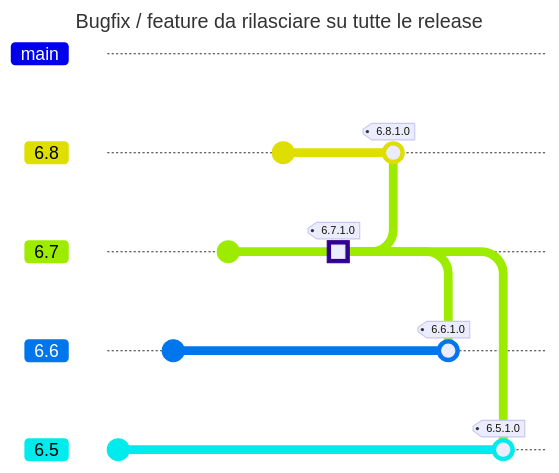
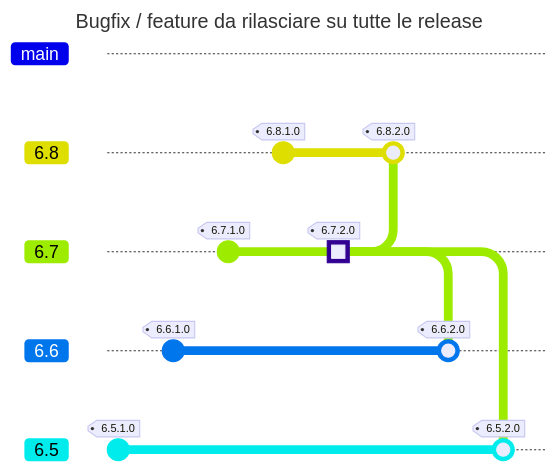
Before and after one commit to vferri-csw/vferri-csw: the diagram in docs/scenari_fiscali/all_release.md, drawn with Mermaid. Commit ids are hidden.

````diff
--- a/docs/scenari_fiscali/all_release.md
+++ b/docs/scenari_fiscali/all_release.md
@@ -1,26 +1,26 @@
 ```mermaid
 ---
 title: Bugfix / feature da rilasciare su tutte le release
 ---
 gitGraph
    branch 6.8
    branch 6.7
    branch 6.6
    branch 6.5
    checkout 6.5
-   commit
+   commit  tag: "6.5.1.0"
    checkout 6.6
-   commit
+   commit  tag: "6.6.1.0"
    checkout 6.7
-   commit
+   commit  tag: "6.7.1.0"
    checkout 6.8
-   commit
+   commit  tag: "6.8.1.0"
    checkout 6.7
-   commit type: HIGHLIGHT tag: "6.7.1.0"
+   commit type: HIGHLIGHT tag: "6.7.2.0"
    checkout 6.8
-   merge 6.7 tag: "6.8.1.0"
+   merge 6.7 tag: "6.8.2.0"
    checkout 6.6
-   merge 6.7 tag: "6.6.1.0"
+   merge 6.7 tag: "6.6.2.0"
    checkout 6.5
-   merge 6.7 tag: "6.5.1.0"
+   merge 6.7 tag: "6.5.2.0"
 ```
````
